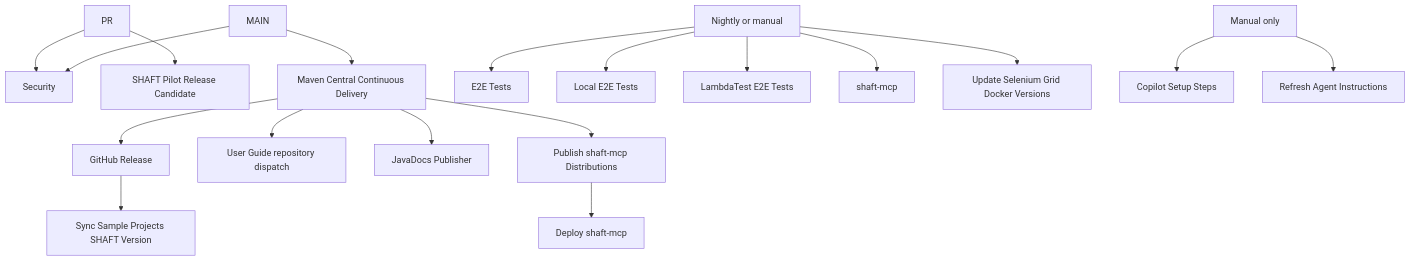
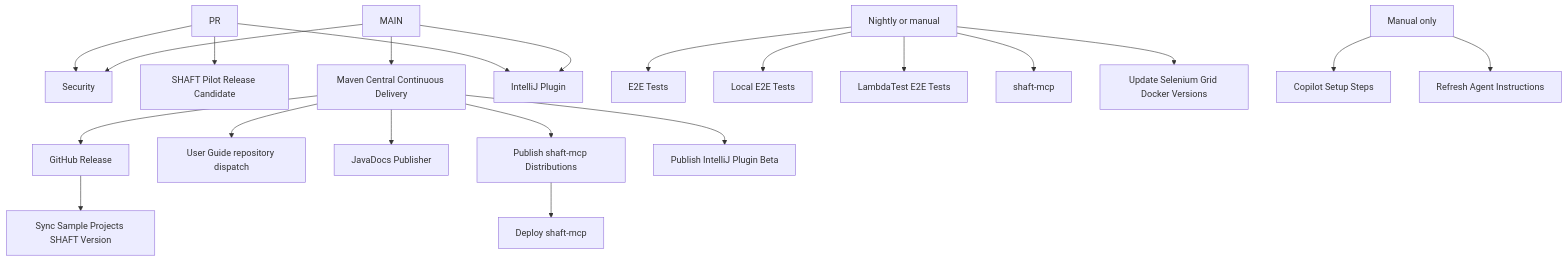
One commit to ShaftHQ/SHAFT_ENGINE changed the diagram in .github/workflows/README.md. Above: the diagram before and after it, drawn with Mermaid. The commit also changed other lines of this file and 49 other files, not shown here.

First line of the commit message:
Add IntelliJ plugin beta integration (#3151)

````diff
--- a/.github/workflows/README.md
+++ b/.github/workflows/README.md
@@ -8,24 +8,27 @@
 ```mermaid
 flowchart TD
   PR --> SEC["Security"]
   PR --> PILOT["SHAFT Pilot Release Candidate"]
 
   MAIN --> SEC
   MAIN --> CD["Maven Central Continuous Delivery"]
+  PR --> IDEA["IntelliJ Plugin"]
+  MAIN --> IDEA
 
   CD --> REL["GitHub Release"]
   CD --> DOCS["User Guide repository dispatch"]
   CD --> JAVADOCS["JavaDocs Publisher"]
   CD --> MCP_PUBLISH["Publish shaft-mcp Distributions"]
+  CD --> IDEA_PUBLISH["Publish IntelliJ Plugin Beta"]
   MCP_PUBLISH --> MCP_DEPLOY["Deploy shaft-mcp"]
   REL --> SAMPLES["Sync Sample Projects SHAFT Version"]
 
   NIGHTLY["Nightly or manual"] --> E2E["E2E Tests"]
   NIGHTLY --> LOCAL_E2E["Local E2E Tests"]
   NIGHTLY --> LT["LambdaTest E2E Tests"]
   NIGHTLY --> MCP_TEST["shaft-mcp"]
   NIGHTLY --> GRID["Update Selenium Grid Docker Versions"]
 
   MANUAL["Manual only"] --> COPILOT["Copilot Setup Steps"]
   MANUAL --> AGENTS["Refresh Agent Instructions"]
 ```
````
